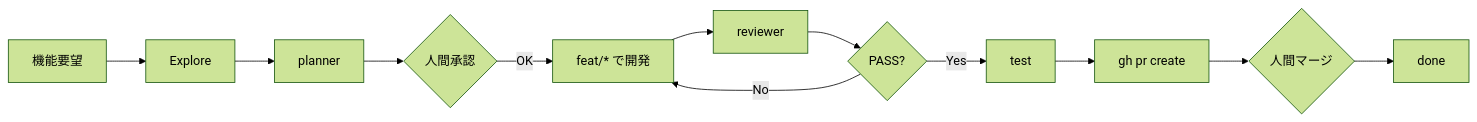
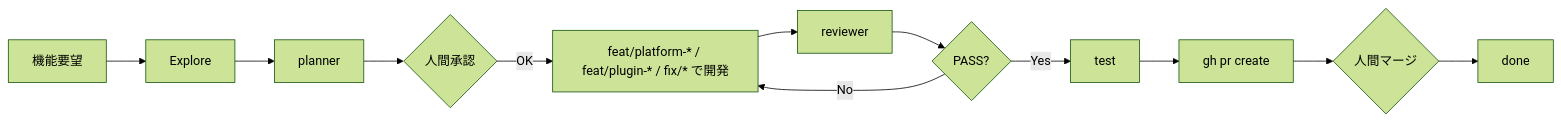
Before and after one commit to fress-dev/fress-crm-template: the diagram in docs/ai-development-harness.md, drawn with Mermaid (forest theme). The commit also changed other lines of this file and 9 other files, not shown here.

````diff
--- a/docs/ai-development-harness.md
+++ b/docs/ai-development-harness.md
@@ -222,14 +228,14 @@
 ```mermaid
 flowchart LR
   A[機能要望] --> B[Explore]
   B --> C[planner]
   C --> D{人間承認}
-  D -->|OK| E[feat/* で開発]
+  D -->|OK| E[feat/platform-* / feat/plugin-* / fix/* で開発]
   E --> F[reviewer]
   F --> G{PASS?}
   G -->|No| E
   G -->|Yes| H[test]
   H --> I[gh pr create]
   I --> J{人間マージ}
   J --> K[done]
 ```
````
